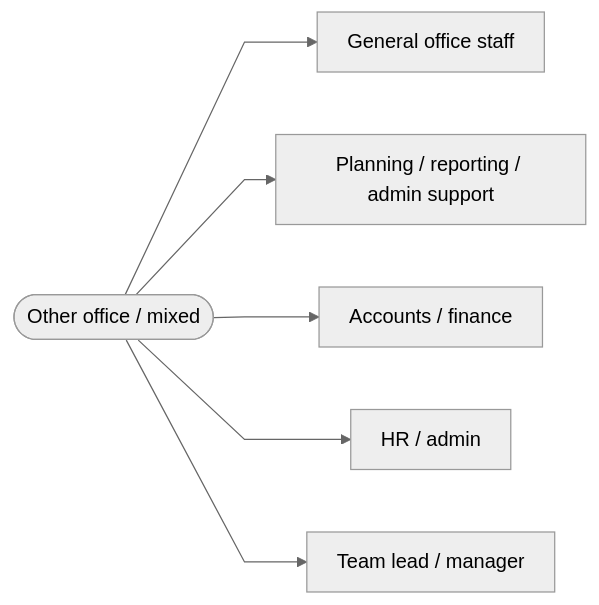
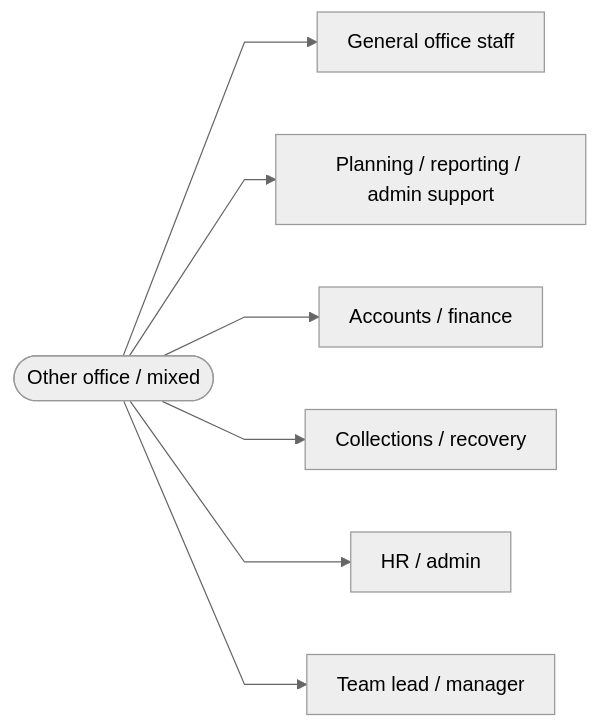
One commit to shmukit/10MS_AI-GG changed the diagram in docs/decision-tree-charts/02-roles-other.mmd. Above: the diagram before and after it, drawn with Mermaid (neutral theme). The commit also changed 32 other files, not shown here.

```diff
--- a/docs/decision-tree-charts/02-roles-other.mmd
+++ b/docs/decision-tree-charts/02-roles-other.mmd
@@ -1,8 +1,9 @@
 %%{init: {"flowchart": {"curve": "linear", "padding": 12}} }%%
 flowchart LR
   hub_other(["Other office / mixed"])
   hub_other --> other_r0["General office staff"]
   hub_other --> other_r1["Planning / reporting / admin support"]
   hub_other --> other_r2["Accounts / finance"]
-  hub_other --> other_r3["HR / admin"]
-  hub_other --> other_r4["Team lead / manager"]
+  hub_other --> other_r3["Collections / recovery"]
+  hub_other --> other_r4["HR / admin"]
+  hub_other --> other_r5["Team lead / manager"]
```
